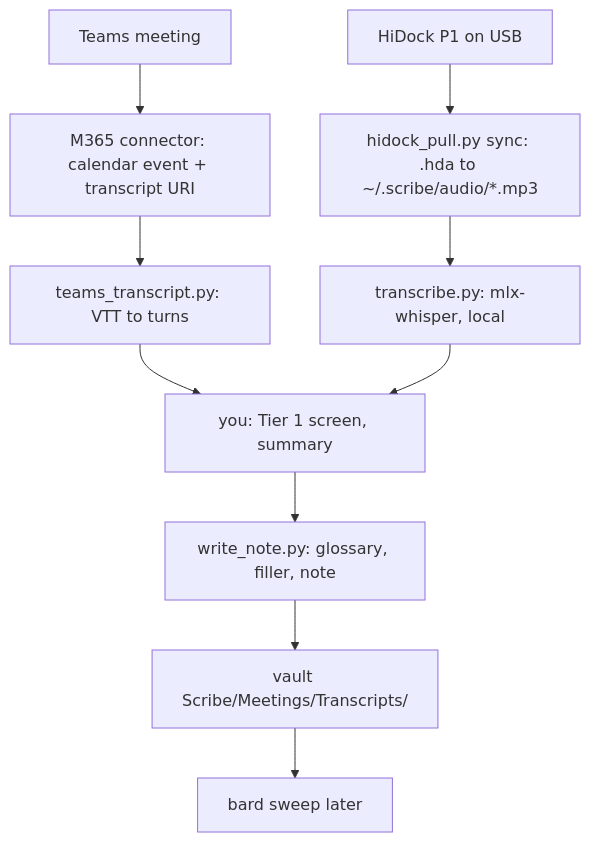
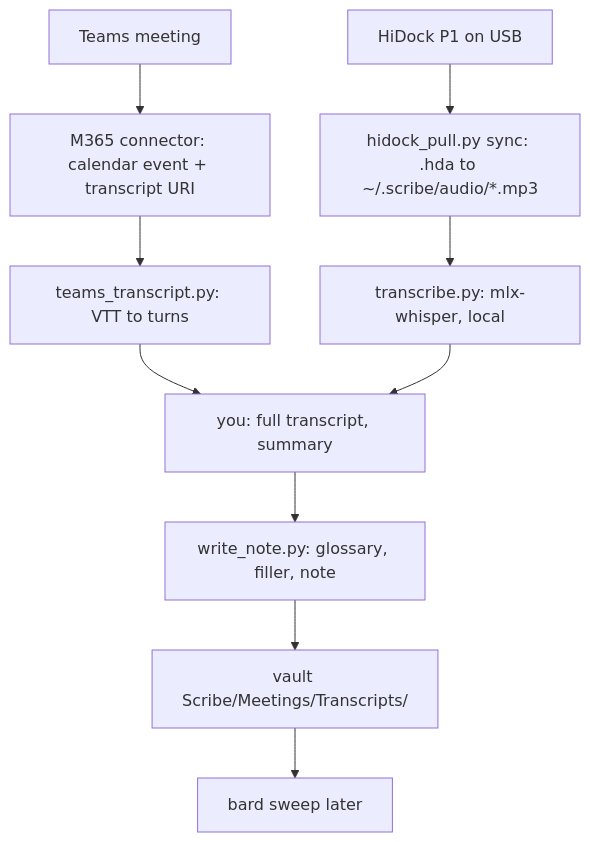
Before and after one commit to acastro2/alex-skills: the diagram in scribe/SKILL.md, drawn with Mermaid. The commit also changed other lines of this file, not shown here.

Commit message:
docs(scribe): remove content-based transcript skips

````diff
--- a/scribe/SKILL.md
+++ b/scribe/SKILL.md
@@ -21,12 +21,12 @@
 ```mermaid
 graph TD
   T[Teams meeting] --> T2[M365 connector: calendar event + transcript URI]
   T2 --> P1[teams_transcript.py: VTT to turns]
   H[HiDock P1 on USB] --> H2[hidock_pull.py sync: .hda to ~/.scribe/audio/*.mp3]
   H2 --> H3[transcribe.py: mlx-whisper, local]
-  P1 --> C[you: Tier 1 screen, summary]
+  P1 --> C[you: full transcript, summary]
   H3 --> C
   C --> W[write_note.py: glossary, filler, note]
   W --> O[vault Scribe/Meetings/Transcripts/]
   O --> B[bard sweep later]
 ```
````
